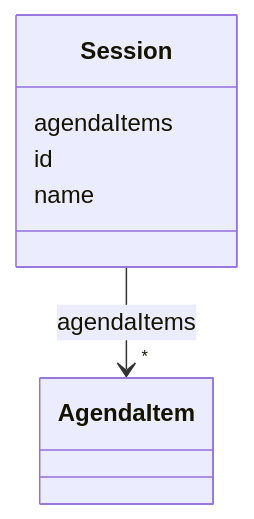
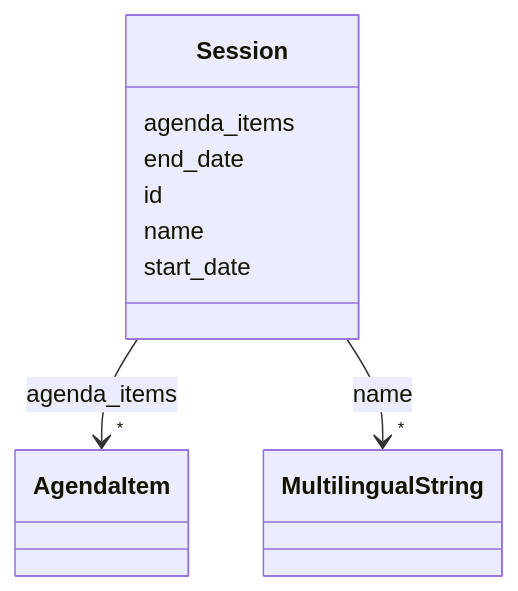
Before and after one commit to swiss/political-affairs-ech-group: the diagram in Gx_tutorial/output/docs/Session.md, drawn with Mermaid. The commit also changed other lines of this file and 45 other files, not shown here.

````diff
--- a/Gx_tutorial/output/docs/Session.md
+++ b/Gx_tutorial/output/docs/Session.md
@@ -14,21 +14,34 @@
 ```mermaid
  classDiagram
     class Session
     click Session href "../Session"
-      Session : agendaItems
+      Session : agenda_items
         
           
     
         
         
-        Session --> "*" AgendaItem : agendaItems
+        Session --> "*" AgendaItem : agenda_items
         click AgendaItem href "../AgendaItem"
     
 
+        
+      Session : end_date
         
       Session : id
         
       Session : name
         
+          
+    
+        
+        
+        Session --> "*" MultilingualString : name
+        click MultilingualString href "../MultilingualString"
+    
+
+        
+      Session : start_date
+        
       
 ```
````
